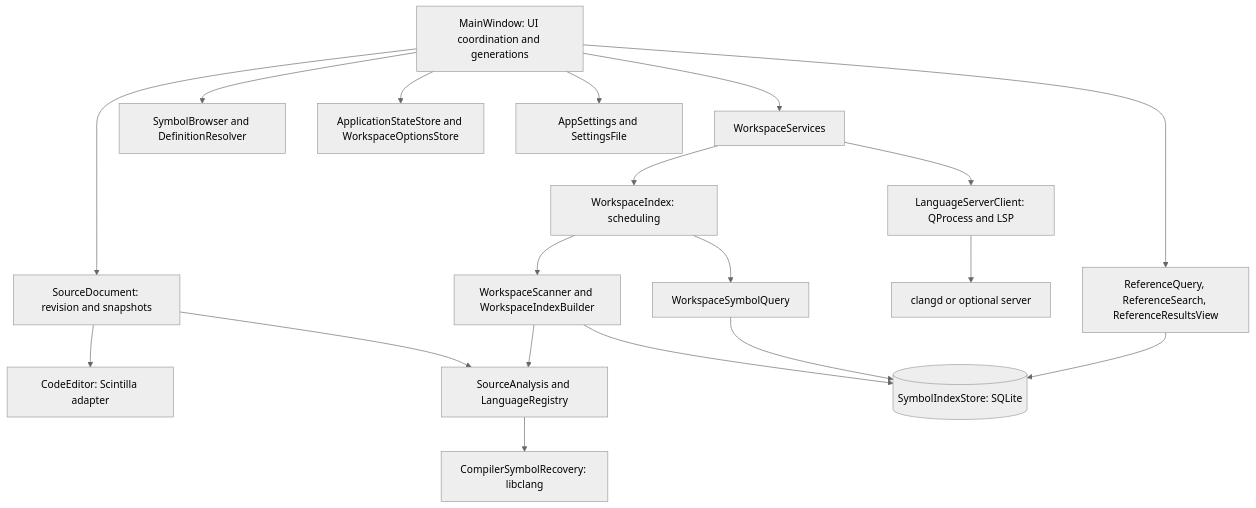
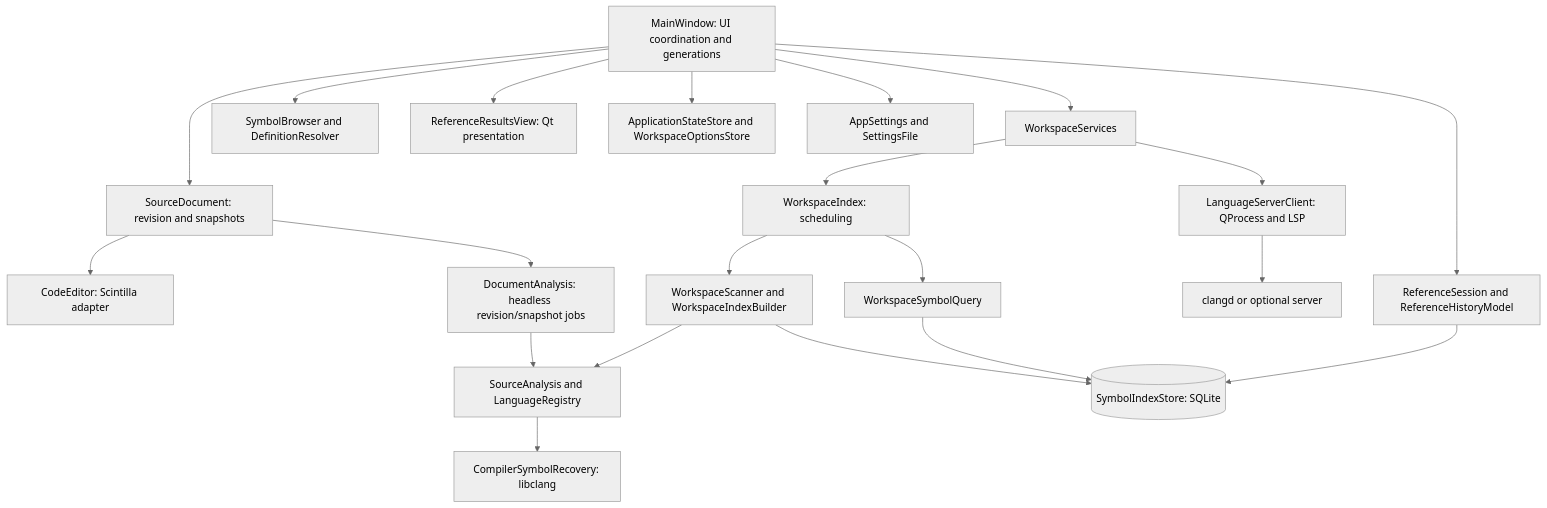
Before and after one commit to deepak-rawat/codecairn: the first of 4 diagrams in docs/DEVELOPER_GUIDE.md, drawn with Mermaid (neutral theme). The commit also changed other lines of this file and 182 other files, not shown here.

````diff
--- a/docs/DEVELOPER_GUIDE.md
+++ b/docs/DEVELOPER_GUIDE.md
@@ -156,21 +156,23 @@
 ```mermaid
 flowchart TD
     UI["MainWindow: UI coordination and generations"] --> DOC["SourceDocument: revision and snapshots"]
     DOC --> EDIT["CodeEditor: Scintilla adapter"]
-    DOC --> PARSE["SourceAnalysis and LanguageRegistry"]
+    DOC --> ANALYSIS["DocumentAnalysis: headless revision/snapshot jobs"]
+    ANALYSIS --> PARSE["SourceAnalysis and LanguageRegistry"]
     PARSE --> COMP["CompilerSymbolRecovery: libclang"]
     UI --> SERVICES["WorkspaceServices"]
     SERVICES --> INDEX["WorkspaceIndex: scheduling"]
     INDEX --> BUILD["WorkspaceScanner and WorkspaceIndexBuilder"]
     INDEX --> QUERY["WorkspaceSymbolQuery"]
     BUILD --> PARSE
     BUILD --> DB[("SymbolIndexStore: SQLite")]
     QUERY --> DB
     SERVICES --> LSP["LanguageServerClient: QProcess and LSP"]
     LSP --> SERVER["clangd or optional server"]
     UI --> BROWSER["SymbolBrowser and DefinitionResolver"]
-    UI --> REFS["ReferenceQuery, ReferenceSearch, ReferenceResultsView"]
+    UI --> REFS["ReferenceSession and ReferenceHistoryModel"]
     REFS --> DB
+    UI --> RESULTS["ReferenceResultsView: Qt presentation"]
     UI --> STATE["ApplicationStateStore and WorkspaceOptionsStore"]
     UI --> SETTINGS["AppSettings and SettingsFile"]
 ```
````
